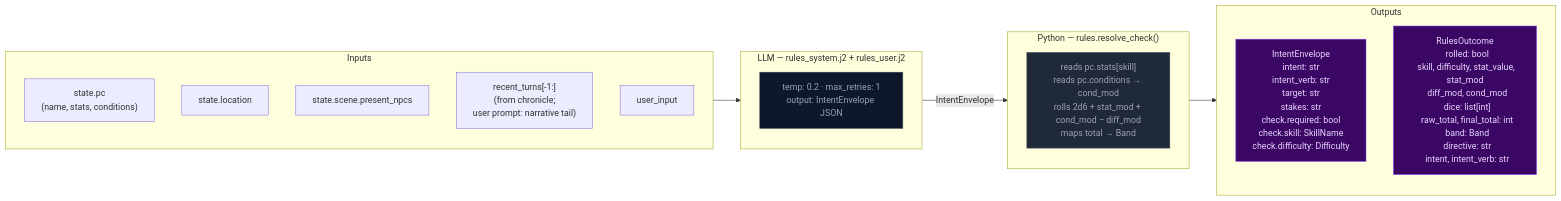
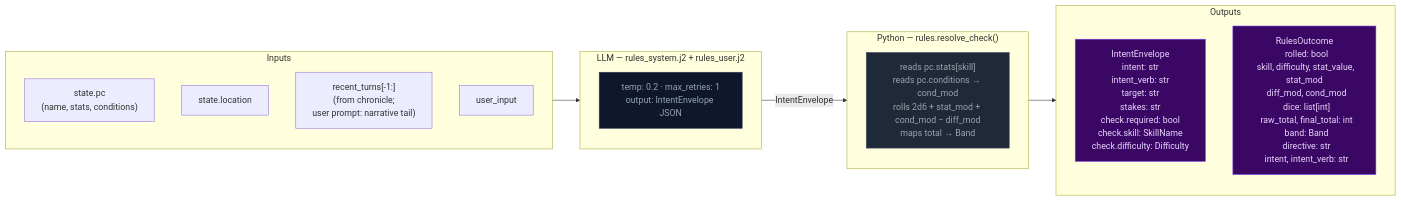
Before and after one commit to pww217/fablethread: the second of 11 diagrams in docs/ARCHITECTURE.md, drawn with Mermaid. The commit also changed other lines of this file and 4 other files, not shown here.

First line of the commit message:
docs: ARCHITECTURE.md audit and correction

````diff
--- a/docs/ARCHITECTURE.md
+++ b/docs/ARCHITECTURE.md
@@ -75,32 +75,31 @@
 ```mermaid
 flowchart LR
     classDef stageRules fill:#4c1d95,color:#ddd6fe,stroke:#7c3aed
     classDef llmNode    fill:#0f172a,color:#94a3b8,stroke:#334155
     classDef pyNode     fill:#1f2937,color:#9ca3af,stroke:#4b5563
     classDef outNode    fill:#3b0764,color:#e9d5ff,stroke:#7c3aed
 
     subgraph IN["Inputs"]
         I1["state.pc<br>(name, stats, conditions)"]
         I2["state.location"]
-        I3["state.scene.present_npcs"]
-        I4["recent_turns[-1:]<br>(from chronicle;<br>user prompt: narrative tail)"]
-        I5["user_input"]
+        I3["recent_turns[-1:]<br>(from chronicle;<br>user prompt: narrative tail)"]
+        I4["user_input"]
     end
 
     subgraph LLM0["LLM — rules_system.j2 + rules_user.j2"]
         L0["temp: 0.2 · max_retries: 1<br>output: IntentEnvelope JSON"]:::llmNode
     end
 
     subgraph PYRES["Python — rules.resolve_check()"]
         P0["reads pc.stats[skill]<br>reads pc.conditions → cond_mod<br>rolls 2d6 + stat_mod + cond_mod − diff_mod<br>maps total → Band"]:::pyNode
     end
 
     subgraph OUT["Outputs"]
         O1["IntentEnvelope<br>  intent: str<br>  intent_verb: str<br>  target: str<br>  stakes: str<br>  check.required: bool<br>  check.skill: SkillName<br>  check.difficulty: Difficulty"]:::outNode
         O2["RulesOutcome<br>  rolled: bool<br>  skill, difficulty, stat_value, stat_mod<br>  diff_mod, cond_mod<br>  dice: list[int]<br>  raw_total, final_total: int<br>  band: Band<br>  directive: str<br>  intent, intent_verb: str"]:::outNode
     end
 
     IN --> LLM0
     LLM0 -- "IntentEnvelope" --> PYRES
     PYRES --> OUT
 ```
````
